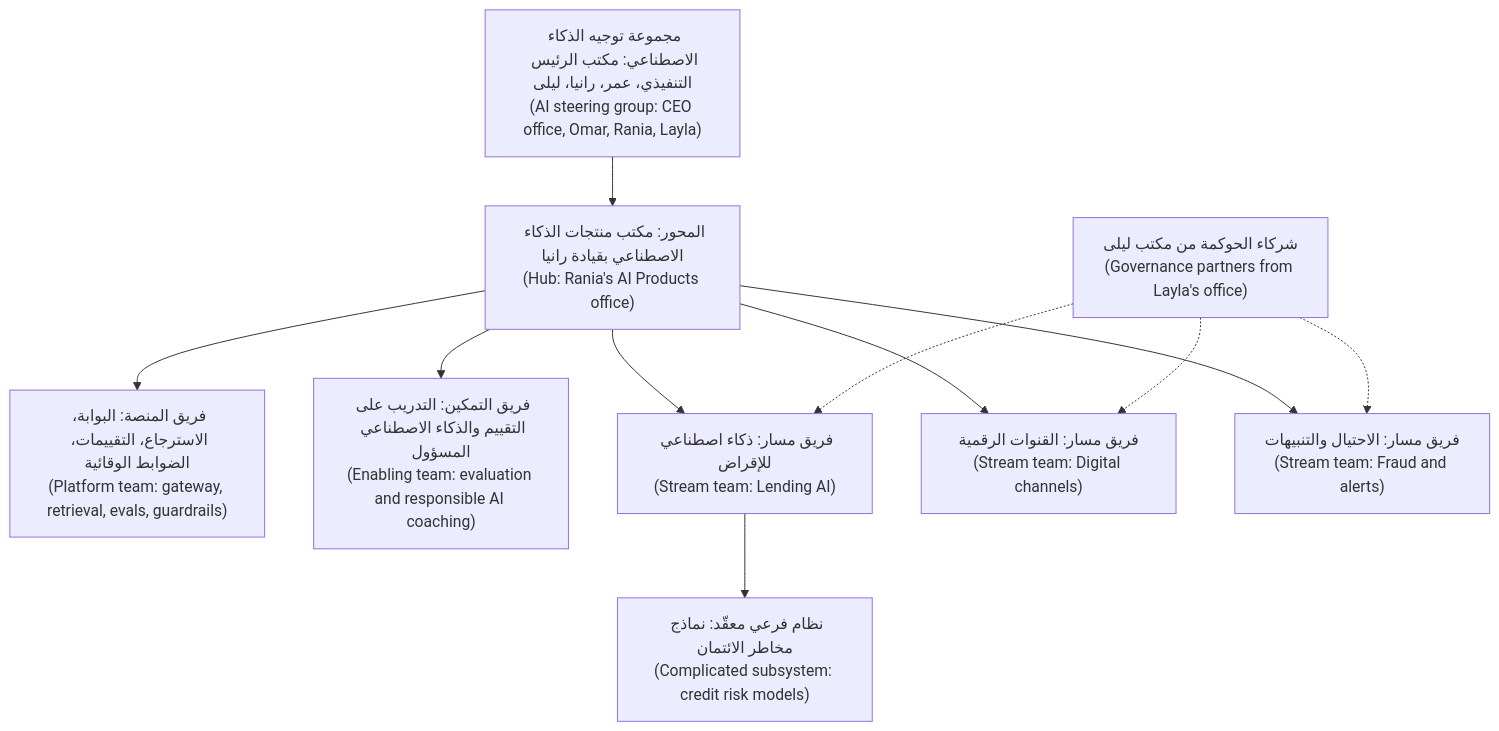
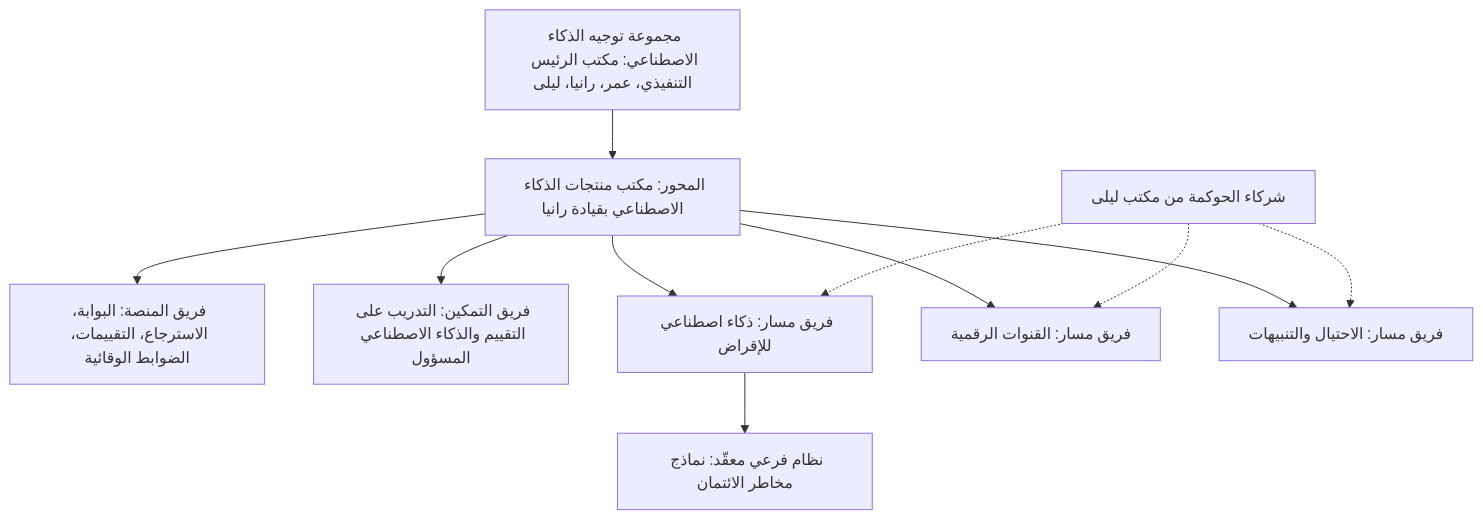
Before and after one commit to Tamoura/system-design-for-vibe-coders: the third of 4 diagrams in aipm/modules/09-strategy.ar.md, drawn with Mermaid. The commit also changed other lines of this file and 551 other files, not shown here.

````diff
--- a/aipm/modules/09-strategy.ar.md
+++ b/aipm/modules/09-strategy.ar.md
@@ -553,13 +569,13 @@
 ```mermaid
 flowchart TD
-    S["مجموعة توجيه الذكاء الاصطناعي: مكتب الرئيس التنفيذي، عمر، رانيا، ليلى<br/>(AI steering group: CEO office, Omar, Rania, Layla)"] --> H["المحور: مكتب منتجات الذكاء الاصطناعي بقيادة رانيا<br/>(Hub: Rania's AI Products office)"]
-    H --> P["فريق المنصة: البوابة، الاسترجاع، التقييمات، الضوابط الوقائية<br/>(Platform team: gateway, retrieval, evals, guardrails)"]
-    H --> E["فريق التمكين: التدريب على التقييم والذكاء الاصطناعي المسؤول<br/>(Enabling team: evaluation and responsible AI coaching)"]
-    H --> L["فريق مسار: ذكاء اصطناعي للإقراض<br/>(Stream team: Lending AI)"]
-    H --> D["فريق مسار: القنوات الرقمية<br/>(Stream team: Digital channels)"]
-    H --> F["فريق مسار: الاحتيال والتنبيهات<br/>(Stream team: Fraud and alerts)"]
-    L --> C["نظام فرعي معقّد: نماذج مخاطر الائتمان<br/>(Complicated subsystem: credit risk models)"]
-    G["شركاء الحوكمة من مكتب ليلى<br/>(Governance partners from Layla's office)"] -.-> L
+    S["مجموعة توجيه الذكاء الاصطناعي: مكتب الرئيس التنفيذي، عمر، رانيا، ليلى"] --> H["المحور: مكتب منتجات الذكاء الاصطناعي بقيادة رانيا"]
+    H --> P["فريق المنصة: البوابة، الاسترجاع، التقييمات، الضوابط الوقائية"]
+    H --> E["فريق التمكين: التدريب على التقييم والذكاء الاصطناعي المسؤول"]
+    H --> L["فريق مسار: ذكاء اصطناعي للإقراض"]
+    H --> D["فريق مسار: القنوات الرقمية"]
+    H --> F["فريق مسار: الاحتيال والتنبيهات"]
+    L --> C["نظام فرعي معقّد: نماذج مخاطر الائتمان"]
+    G["شركاء الحوكمة من مكتب ليلى"] -.-> L
     G -.-> D
     G -.-> F
 ```
````
